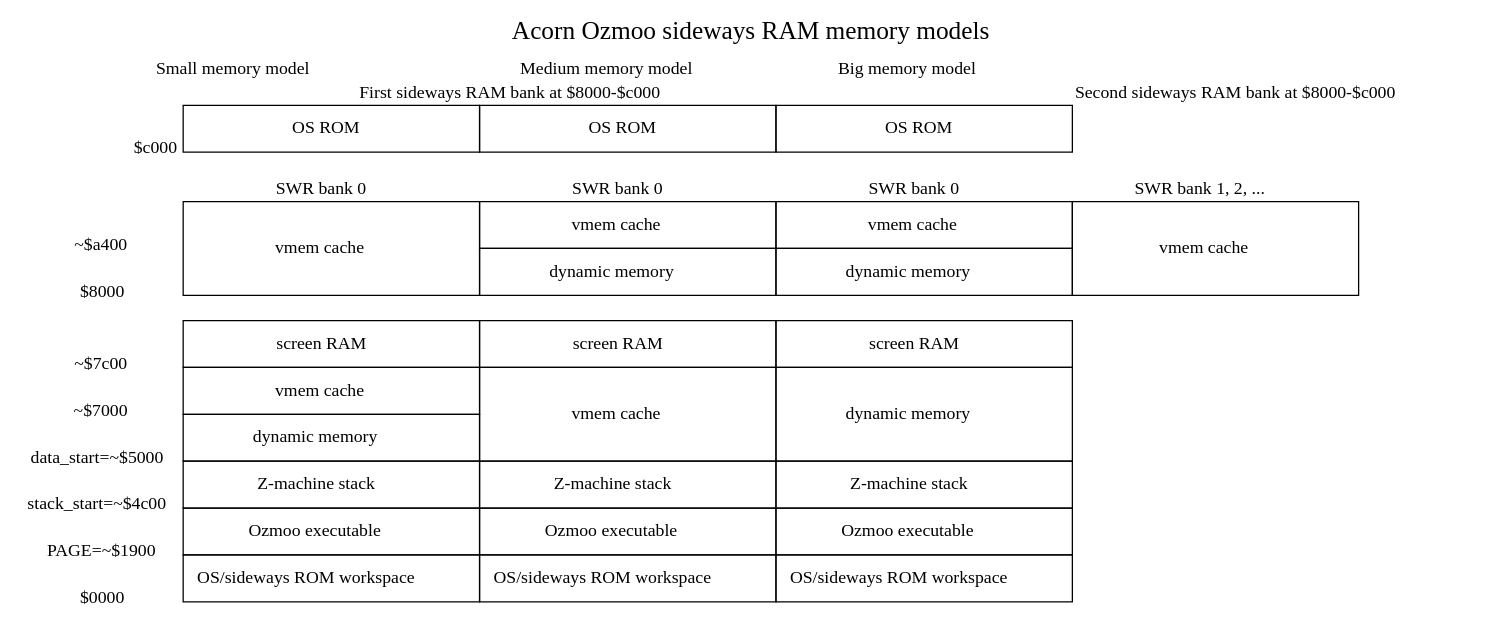
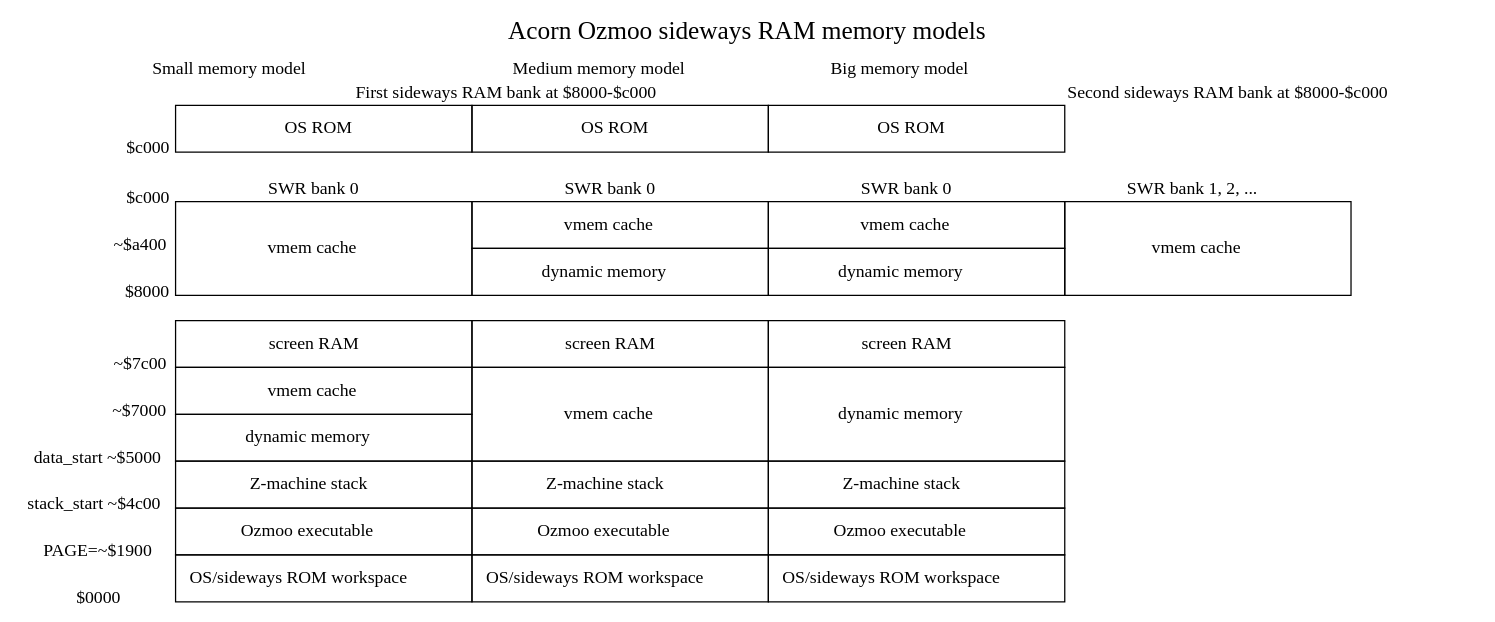
The diagram in documentation/techdocs/swr-memory-models.dot (ZornsLemma/ozmoo), drawn with Graphviz before and after one commit.

Commit message:
WIP memory diagram

```diff
--- a/documentation/techdocs/swr-memory-models.dot
+++ b/documentation/techdocs/swr-memory-models.dot
@@ -1,86 +1,86 @@
 digraph memory {
     graph [nodesep=1, label="Acorn Ozmoo sideways RAM memory models", fontsize=20, labelloc=t];
     forcelabels=true;
     node [shape=plaintext];
 
     small [label=<
     <table border="0" cellspacing="0">
         <tr>
             <td colspan="2" border="0">Small memory model</td>
             <td colspan="1" border="0">Medium memory model</td>
 	    <td colspan="1" border="0">Big memory model</td>
         </tr>
         <tr>
             <td colspan="4" border="0">First sideways RAM bank at $8000-$c000</td>
             <td colspan="4" border="0">Second sideways RAM bank at $8000-$c000</td>
         </tr>
         <tr>
             <td align="text" valign="bottom"><sub>$c000</sub><br align="right" /></td>
             <td border="1" cellpadding="10">OS ROM</td>
             <td border="1" cellpadding="10">OS ROM</td>
 	    <td border="1" cellpadding="10">OS ROM</td>
         </tr>
 	<tr>
 	    <td border="0" cellpadding="10"></td>
 	</tr>
 	<tr>
-	    <td></td>
+	    <td align="text" valign="bottom"><sub>$c000</sub><br align="right" /></td>
 	    <td border="0">SWR bank 0</td>
 	    <td border="0">SWR bank 0</td>
 	    <td border="0">SWR bank 0</td>
 	    <td border="0">SWR bank 1, 2, ...</td>
 	</tr>
 	<tr>
-	    <td valign="bottom"><sub>~$a400</sub></td>
+	    <td align="text" valign="bottom"><sub>~$a400</sub><br align="right" /></td>
 	    <td border="1" rowspan="2" cellpadding="10">vmem cache</td>
 	    <td border="1" cellpadding="10">vmem cache</td>
 	    <td border="1" cellpadding="10">vmem cache</td>
 	    <td border="1" rowspan="2" cellpadding="10">vmem cache</td>
 	</tr>
         <tr>
-            <td valign="bottom"><sub>$8000</sub></td>
+            <td align="text" valign="bottom"><sub>$8000</sub><br align="right" /></td>
 	    <td border="1" cellpadding="10">dynamic memory</td>
 	    <td border="1" cellpadding="10">dynamic memory</td>
         </tr>
 	<tr>
 	    <td border="0" cellpadding="10"></td>
 	</tr>
         <tr>
-            <td valign="bottom"><sub>~$7c00</sub></td>
+            <td align="text" valign="bottom"><sub>~$7c00</sub><br align="right" /></td>
             <td border="1" cellpadding="10">screen RAM</td>
             <td border="1" cellpadding="10">screen RAM</td>
             <td border="1" cellpadding="10">screen RAM</td>
         </tr>
         <tr>
-            <td valign="bottom"><sub>~$7000</sub></td>
+            <td align="text" valign="bottom"><sub>~$7000</sub><br align="right" /></td>
             <td border="1" cellpadding="10">vmem cache</td>
             <td border="1" rowspan="2" cellpadding="10">vmem cache</td>
             <td border="1" rowspan="2" cellpadding="10">dynamic memory</td>
         </tr>
         <tr>
-            <td valign="bottom"><sub>data_start=~$5000</sub></td>
+            <td align="text" valign="bottom"><sub>data_start ~$5000</sub><br align="right" /></td>
             <td border="1" cellpadding="10">dynamic memory</td>
         </tr>
         <tr>
-            <td valign="bottom"><sub>stack_start=~$4c00</sub></td>
+            <td align="text" valign="bottom"><sub>stack_start ~$4c00</sub><br align="right" /></td>
             <td border="1" cellpadding="10">Z-machine stack</td>
             <td border="1" cellpadding="10">Z-machine stack</td>
             <td border="1" cellpadding="10">Z-machine stack</td>
         </tr>
         <tr>
-            <td valign="bottom"><sub>PAGE=~$1900</sub></td>
+            <td align="text" valign="bottom"><sub>PAGE=~$1900</sub></td>
             <td border="1" cellpadding="10">Ozmoo executable</td>
             <td border="1" cellpadding="10">Ozmoo executable</td>
             <td border="1" cellpadding="10">Ozmoo executable</td>
         </tr>
         <tr>
-            <td valign="bottom"><sub>$0000</sub></td>
+            <td align="text" valign="bottom"><sub>$0000</sub></td>
             <td border="1" cellpadding="10">OS/sideways ROM workspace</td>
             <td border="1" cellpadding="10">OS/sideways ROM workspace</td>
             <td border="1" cellpadding="10">OS/sideways ROM workspace</td>
         </tr>
     </table>>];
 
 }
 
 # vi: sw=4 sts=4
```
